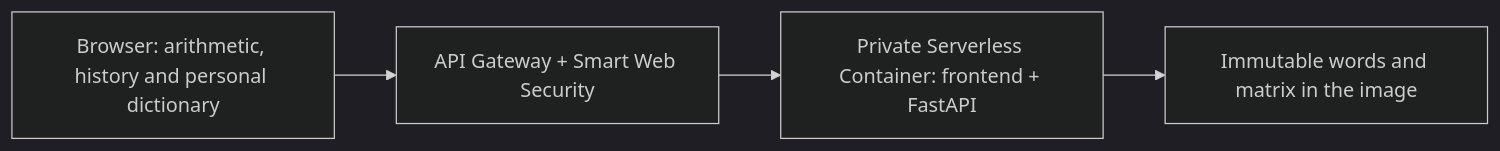
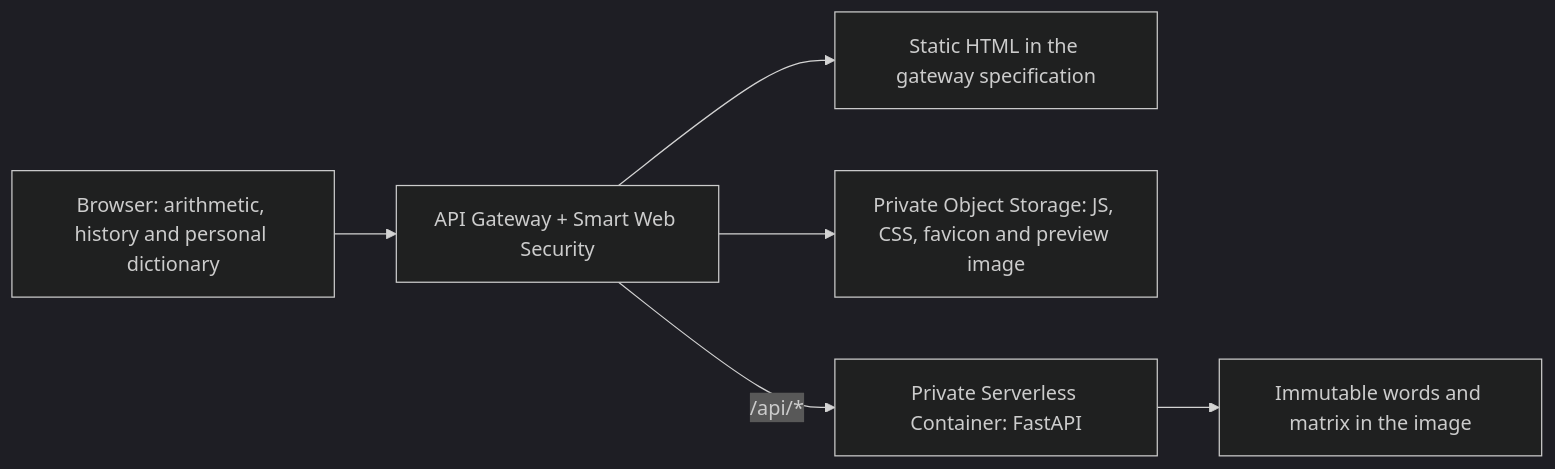
The diagram in docs/deployment.md (onl1yw/semantic-calculator), drawn with Mermaid (dark theme) before and after one commit. The commit also changed other lines of this file and 9 other files, not shown here.

Commit message:
Serve frontend statically without waking the API container

````diff
--- a/docs/deployment.md
+++ b/docs/deployment.md
@@ -5,6 +5,8 @@
 ```mermaid
 flowchart LR
     Browser[Browser: arithmetic, history and personal dictionary] --> Gateway[API Gateway + Smart Web Security]
-    Gateway --> Container[Private Serverless Container: frontend + FastAPI]
+    Gateway --> HTML[Static HTML in the gateway specification]
+    Gateway --> Static[Private Object Storage: JS, CSS, favicon and preview image]
+    Gateway -->|/api/*| Container[Private Serverless Container: FastAPI]
     Container --> Snapshot[Immutable words and matrix in the image]
 ```
````
